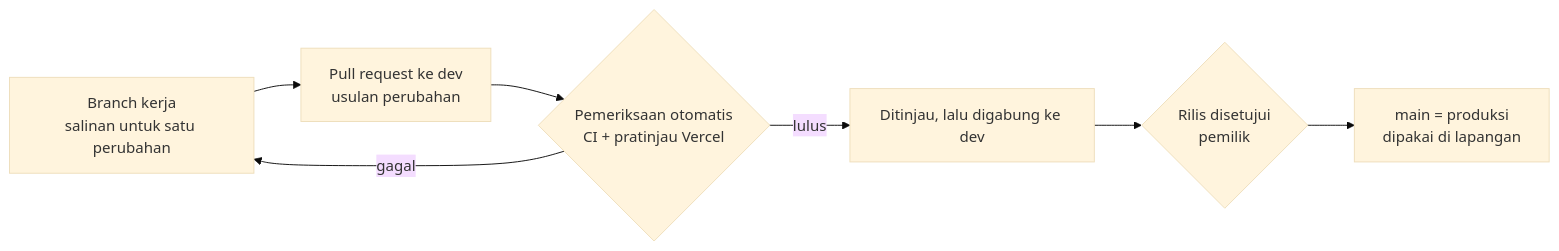
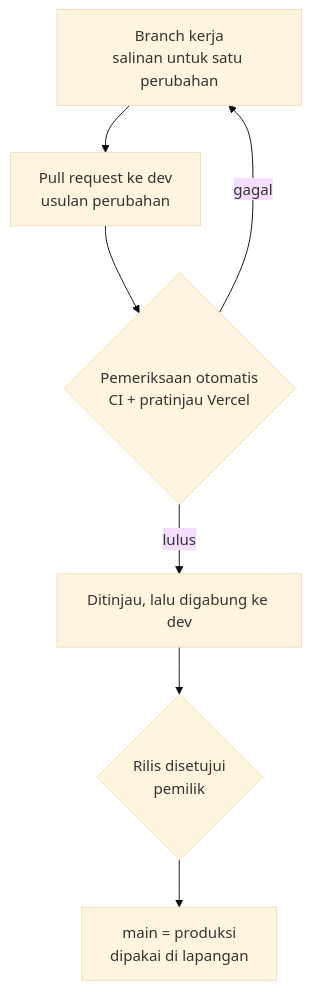
Before and after one commit to Zendin110206/solar-tank-monitoring-system: the third of 3 diagrams in docs/cara-kerja-ftm.md, drawn with Mermaid (base theme). The commit also changed other lines of this file, not shown here.

Commit message:
docs(architecture): tampilkan diagram cara kerja secara vertikal

````diff
--- a/docs/cara-kerja-ftm.md
+++ b/docs/cara-kerja-ftm.md
@@ -116,9 +116,9 @@
 ```mermaid
-flowchart LR
+flowchart TB
   A[Branch kerja<br/>salinan untuk satu perubahan] --> B[Pull request ke dev<br/>usulan perubahan]
   B --> C{Pemeriksaan otomatis<br/>CI + pratinjau Vercel}
   C -- gagal --> A
   C -- lulus --> D[Ditinjau, lalu digabung ke dev]
   D --> E{Rilis disetujui<br/>pemilik}
   E --> F[main = produksi<br/>dipakai di lapangan]
 ```
````
